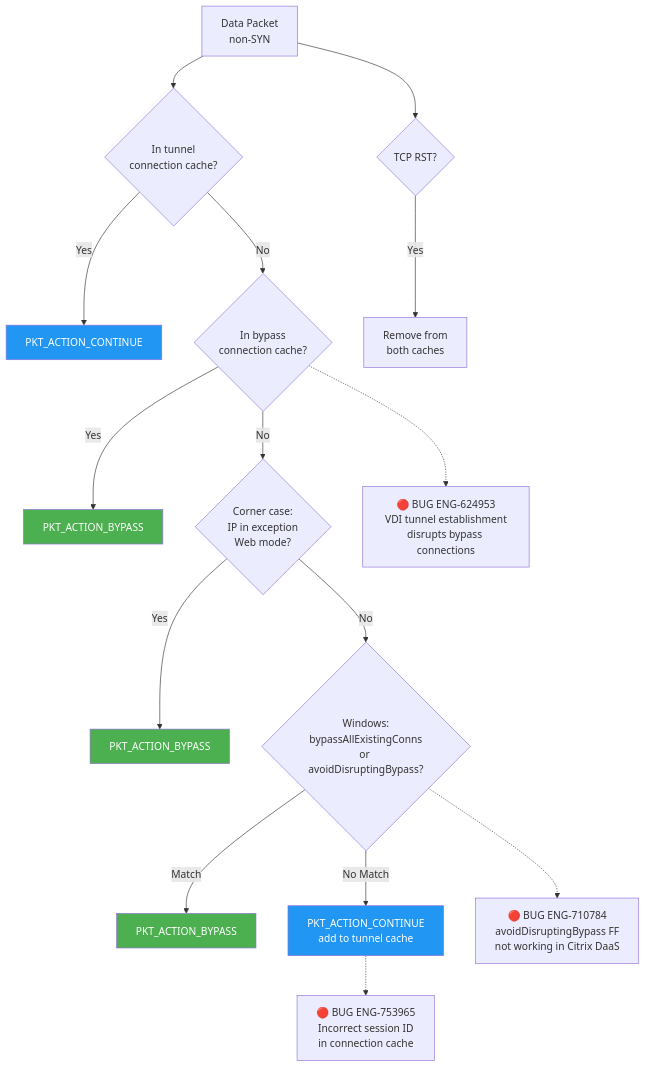
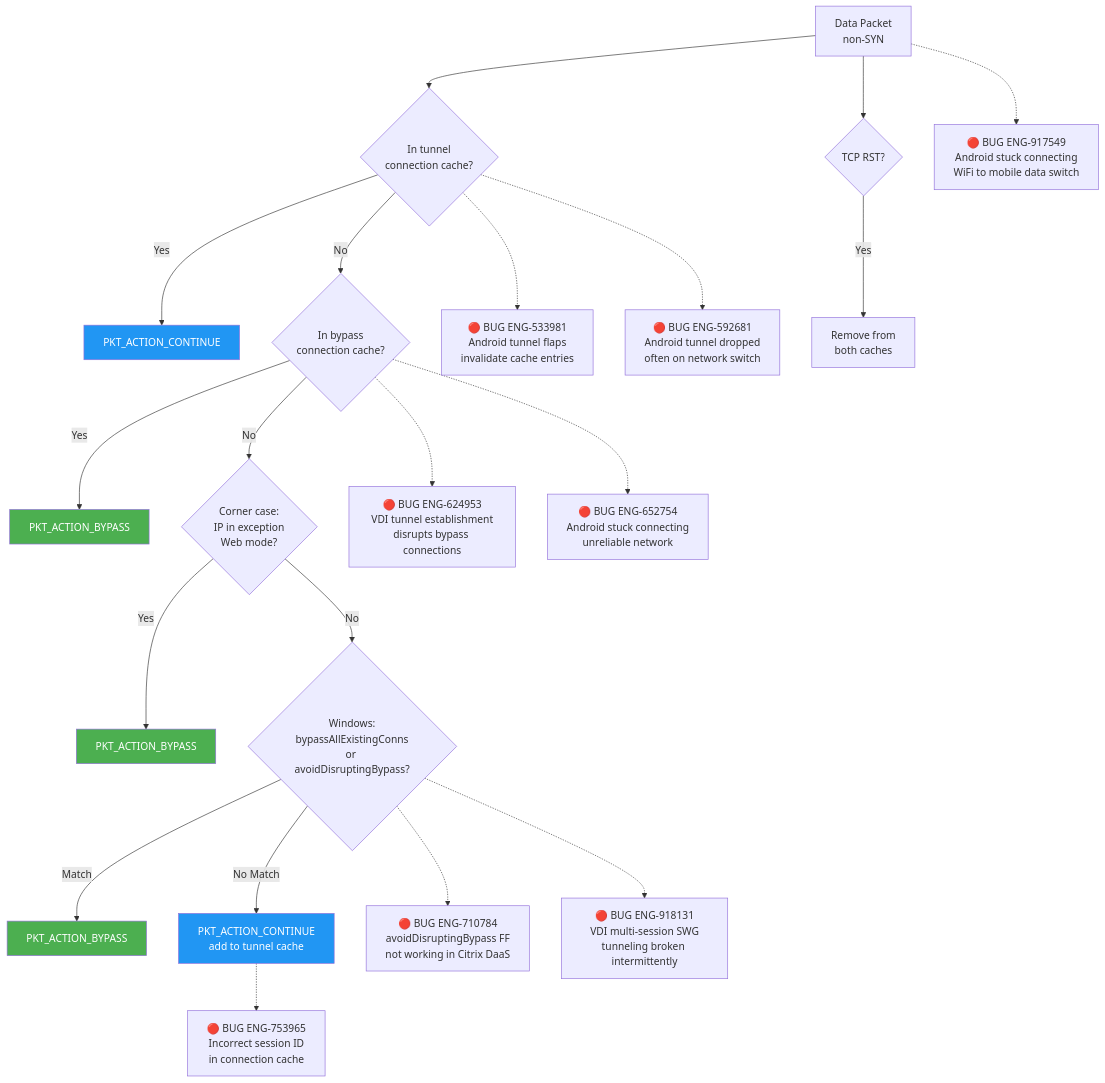
One commit to ns-klin/endpoint_system_test_plan changed the third of 10 diagrams in chapters/10_bypass.md. Above: the diagram before and after it, drawn with Mermaid. The commit also changed other lines of this file and 26 other files, not shown here.

First line of the commit message:
Add 87 bugs from Excel enrichment and integrate into mermaid diagrams

````diff
--- a/chapters/10_bypass.md
+++ b/chapters/10_bypass.md
@@ -217,25 +233,31 @@
 ```mermaid
 flowchart TD
     DATA[Data Packet<br/>non-SYN] --> CACHE_T{In tunnel<br/>connection cache?}
     CACHE_T -->|Yes| TUNNEL[PKT_ACTION_CONTINUE]
     CACHE_T -->|No| CACHE_B{In bypass<br/>connection cache?}
     CACHE_B -->|Yes| BYPASS[PKT_ACTION_BYPASS]
     CACHE_B -->|No| CORNER{Corner case:<br/>IP in exception<br/>Web mode?}
     CORNER -->|Yes| BYPASS2[PKT_ACTION_BYPASS]
     CORNER -->|No| WIN_CHECK{Windows:<br/>bypassAllExistingConns<br/>or avoidDisruptingBypass?}
     WIN_CHECK -->|Match| BYPASS3[PKT_ACTION_BYPASS]
     WIN_CHECK -->|No Match| DEFAULT[PKT_ACTION_CONTINUE<br/>add to tunnel cache]
 
     DATA --> RST{TCP RST?}
     RST -->|Yes| CLEANUP[Remove from<br/>both caches]
 
     CACHE_B -.-> BUG_VDI["🔴 BUG ENG-624953<br/>VDI tunnel establishment<br/>disrupts bypass connections"]
     WIN_CHECK -.-> BUG_FF["🔴 BUG ENG-710784<br/>avoidDisruptingBypass FF<br/>not working in Citrix DaaS"]
     DEFAULT -.-> BUG_SESSION["🔴 BUG ENG-753965<br/>Incorrect session ID<br/>in connection cache"]
 
+    CACHE_T -.-> BUG_FLAP["🔴 BUG ENG-533981<br/>Android tunnel flaps<br/>invalidate cache entries"]
+    CACHE_T -.-> BUG_DROP["🔴 BUG ENG-592681<br/>Android tunnel dropped<br/>often on network switch"]
+    CACHE_B -.-> BUG_STUCK["🔴 BUG ENG-652754<br/>Android stuck connecting<br/>unreliable network"]
+    DATA -.-> BUG_STUCK2["🔴 BUG ENG-917549<br/>Android stuck connecting<br/>WiFi to mobile data switch"]
+    WIN_CHECK -.-> BUG_VDI_SWG["🔴 BUG ENG-918131<br/>VDI multi-session SWG<br/>tunneling broken intermittently"]
+
     style BYPASS fill:#4CAF50,color:#fff
     style BYPASS2 fill:#4CAF50,color:#fff
     style BYPASS3 fill:#4CAF50,color:#fff
     style TUNNEL fill:#2196F3,color:#fff
     style DEFAULT fill:#2196F3,color:#fff
 ```
````
